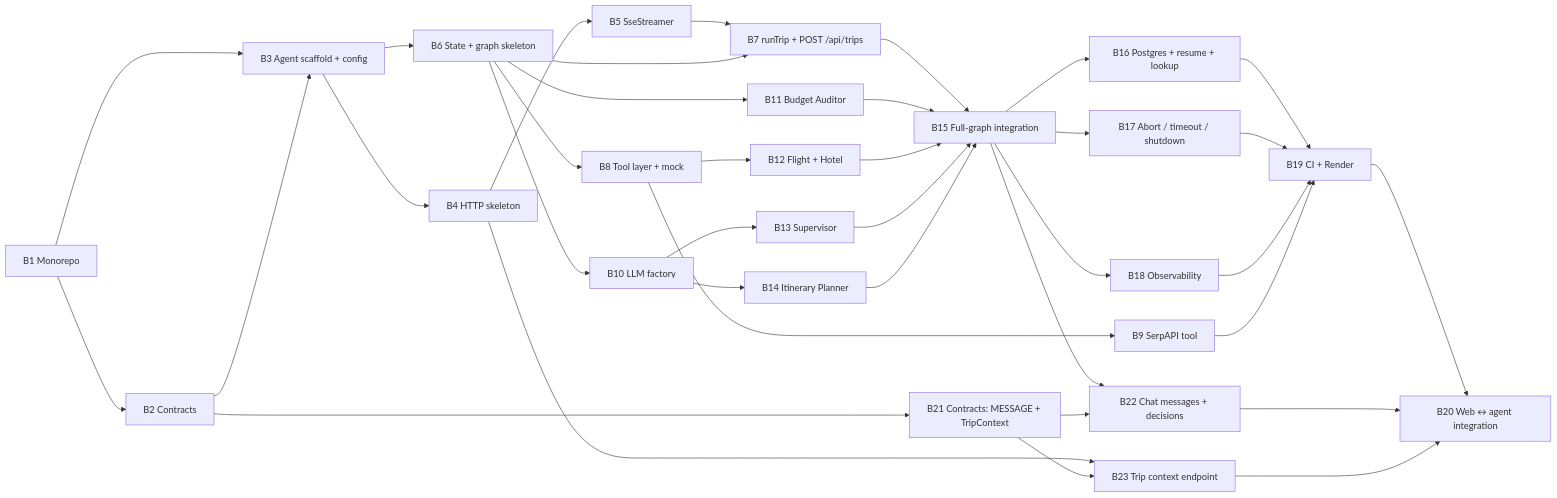
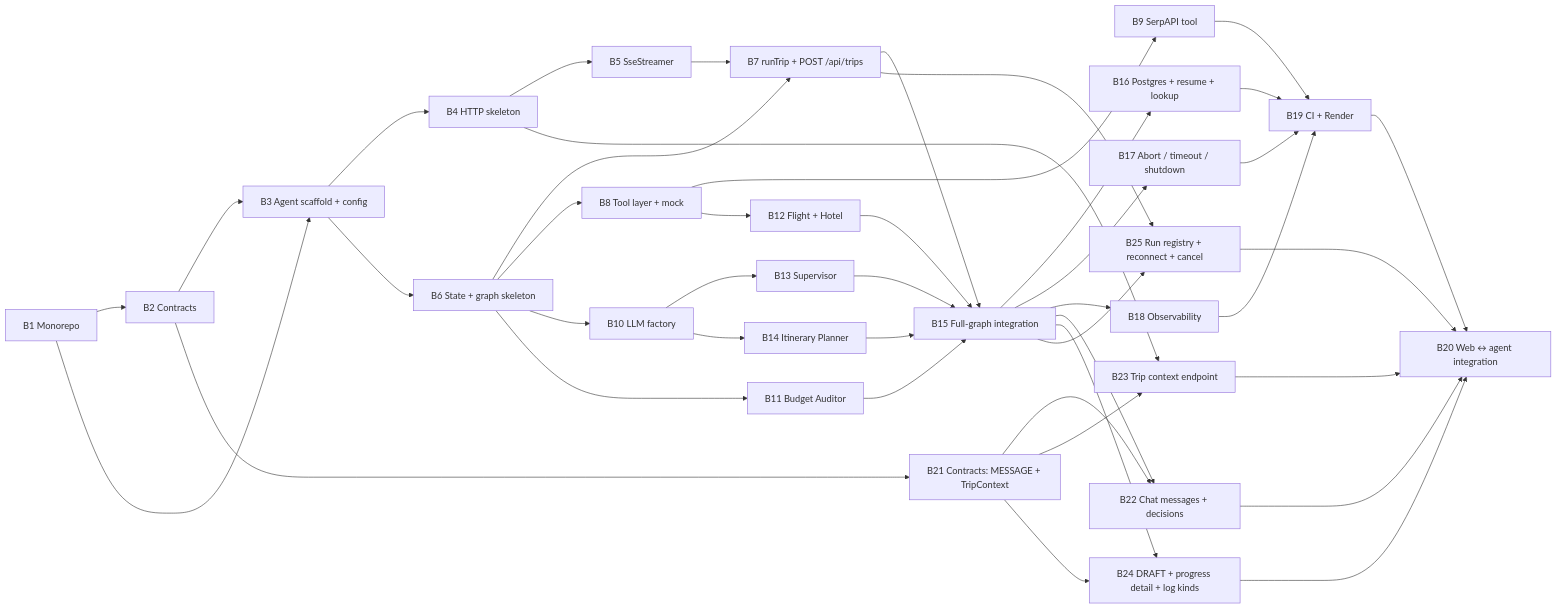
The diagram in apps/agent/CLAUDE.md (Saidbek9092/ai-travel-planner), drawn with Mermaid before and after one commit. The commit also changed other lines of this file and 10 other files, not shown here.

````diff
--- a/apps/agent/CLAUDE.md
+++ b/apps/agent/CLAUDE.md
@@ -559,29 +645,31 @@
 ```mermaid
 flowchart LR
   B1[B1 Monorepo] --> B2[B2 Contracts]
   B1 --> B3[B3 Agent scaffold + config]
   B2 --> B3
   B3 --> B4[B4 HTTP skeleton]
   B4 --> B5[B5 SseStreamer]
   B3 --> B6[B6 State + graph skeleton]
   B5 --> B7[B7 runTrip + POST /api/trips]
   B6 --> B7
   B6 --> B8[B8 Tool layer + mock]
   B8 --> B9[B9 SerpAPI tool]
   B6 --> B10[B10 LLM factory]
   B6 --> B11[B11 Budget Auditor]
   B8 --> B12[B12 Flight + Hotel]
   B10 --> B13[B13 Supervisor]
   B10 --> B14[B14 Itinerary Planner]
   B7 & B11 & B12 & B13 & B14 --> B15[B15 Full-graph integration]
   B15 --> B16[B16 Postgres + resume + lookup]
   B15 --> B17[B17 Abort / timeout / shutdown]
   B15 --> B18[B18 Observability]
   B16 & B17 & B18 --> B19[B19 CI + Render]
   B9 --> B19
   B19 --> B20[B20 Web ↔ agent integration]
   B2 --> B21[B21 Contracts: MESSAGE + TripContext]
   B15 & B21 --> B22[B22 Chat messages + decisions]
   B4 & B21 --> B23[B23 Trip context endpoint]
-  B22 & B23 --> B20
+  B15 & B21 --> B24[B24 DRAFT + progress detail + log kinds]
+  B7 & B15 --> B25[B25 Run registry + reconnect + cancel]
+  B22 & B23 & B24 & B25 --> B20
 ```
````
